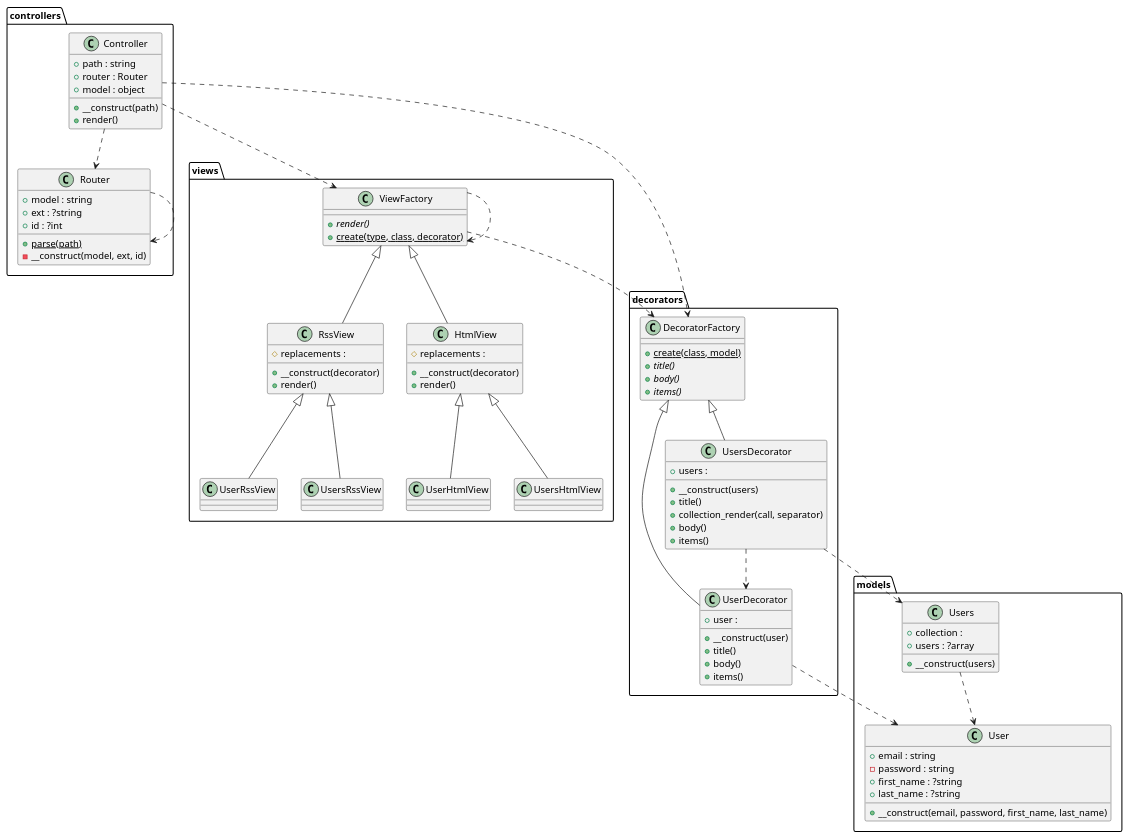
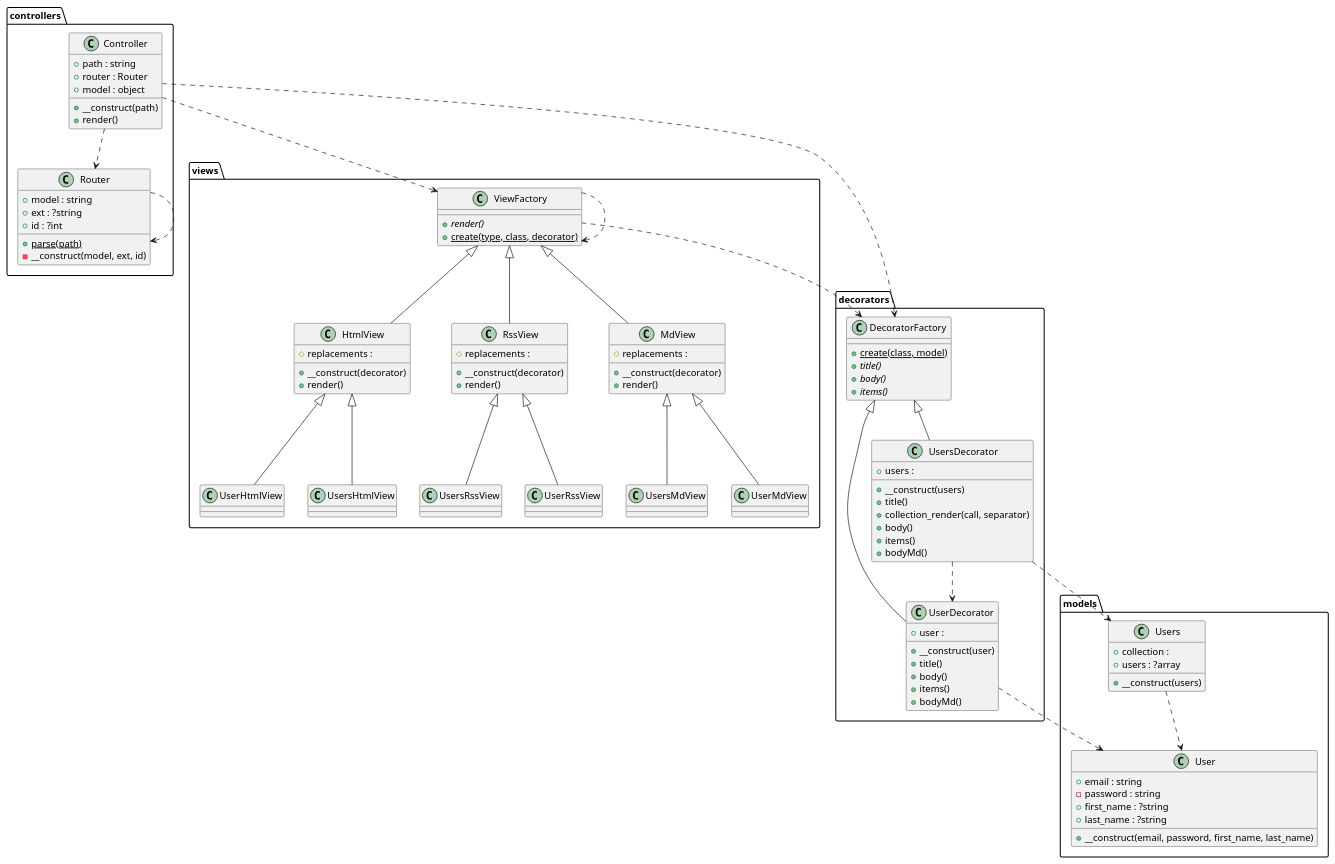
One commit to Arisha2080/web changed the diagram in lab2/diagrams/mvc.puml. Above: the diagram before and after it, drawn with PlantUML. The commit also changed 14 other files, not shown here.

```diff
--- a/lab2/diagrams/mvc.puml
+++ b/lab2/diagrams/mvc.puml
@@ -1,97 +1,111 @@
 @startuml class-diagram
+  package decorators as decorators {
+    class "UserDecorator" as decorators_UserDecorator {
+      +user : 
+      +__construct(user)
+      +title()
+      +body()
+      +items()
+      +bodyMd()
+    }
+    class "DecoratorFactory" as decorators_DecoratorFactory {
+      {static} +create(class, model)
+      {abstract} +title()
+      {abstract} +body()
+      {abstract} +items()
+    }
+    class "UsersDecorator" as decorators_UsersDecorator {
+      +users : 
+      +__construct(users)
+      +title()
+      +collection_render(call, separator)
+      +body()
+      +items()
+      +bodyMd()
+    }
+  }
+  package views as views {
+    class "HtmlView" as views_HtmlView {
+      #replacements : 
+      +__construct(decorator)
+      +render()
+    }
+    class "UsersMdView" as views_UsersMdView {
+    }
+    class "RssView" as views_RssView {
+      #replacements : 
+      +__construct(decorator)
+      +render()
+    }
+    class "UserHtmlView" as views_UserHtmlView {
+    }
+    class "UsersHtmlView" as views_UsersHtmlView {
+    }
+    class "UsersRssView" as views_UsersRssView {
+    }
+    class "UserMdView" as views_UserMdView {
+    }
+    class "UserRssView" as views_UserRssView {
+    }
+    class "ViewFactory" as views_ViewFactory {
+      {abstract} +render()
+      {static} +create(type, class, decorator)
+    }
+    class "MdView" as views_MdView {
+      #replacements : 
+      +__construct(decorator)
+      +render()
+    }
+  }
   package controllers as controllers {
     class "Router" as controllers_Router {
       +model : string
       +ext : ?string
       +id : ?int
       {static} +parse(path)
       -__construct(model, ext, id)
     }
     class "Controller" as controllers_Controller {
       +path : string
       +router : Router
       +model : object
       +__construct(path)
       +render()
     }
   }
   package models as models {
     class "User" as models_User {
       +email : string
       -password : string
       +first_name : ?string
       +last_name : ?string
       +__construct(email, password, first_name, last_name)
     }
     class "Users" as models_Users {
       +collection : 
       +users : ?array
       +__construct(users)
     }
   }
-  package decorators as decorators {
-    class "UsersDecorator" as decorators_UsersDecorator {
-      +users : 
-      +__construct(users)
-      +title()
-      +collection_render(call, separator)
-      +body()
-      +items()
-    }
-    class "DecoratorFactory" as decorators_DecoratorFactory {
-      {static} +create(class, model)
-      {abstract} +title()
-      {abstract} +body()
-      {abstract} +items()
-    }
-    class "UserDecorator" as decorators_UserDecorator {
-      +user : 
-      +__construct(user)
-      +title()
-      +body()
-      +items()
-    }
-  }
-  package views as views {
-    class "RssView" as views_RssView {
-      #replacements : 
-      +__construct(decorator)
-      +render()
-    }
-    class "UserHtmlView" as views_UserHtmlView {
-    }
-    class "UserRssView" as views_UserRssView {
-    }
-    class "ViewFactory" as views_ViewFactory {
-      {abstract} +render()
-      {static} +create(type, class, decorator)
-    }
-    class "UsersRssView" as views_UsersRssView {
-    }
-    class "HtmlView" as views_HtmlView {
-      #replacements : 
-      +__construct(decorator)
-      +render()
-    }
-    class "UsersHtmlView" as views_UsersHtmlView {
-    }
-  }
   controllers_Controller ..> controllers_Router
   controllers_Controller ..> decorators_DecoratorFactory
   controllers_Controller ..> views_ViewFactory
   controllers_Router ..> controllers_Router
   decorators_DecoratorFactory <|-- decorators_UserDecorator
   decorators_DecoratorFactory <|-- decorators_UsersDecorator
   decorators_UserDecorator ..> models_User
   decorators_UsersDecorator ..> decorators_UserDecorator
   decorators_UsersDecorator ..> models_Users
   models_Users ..> models_User
   views_HtmlView <|-- views_UserHtmlView
   views_HtmlView <|-- views_UsersHtmlView
+  views_MdView <|-- views_UserMdView
+  views_MdView <|-- views_UsersMdView
   views_RssView <|-- views_UserRssView
   views_RssView <|-- views_UsersRssView
   views_ViewFactory ..> decorators_DecoratorFactory
   views_ViewFactory ..> views_ViewFactory
   views_ViewFactory <|-- views_HtmlView
+  views_ViewFactory <|-- views_MdView
   views_ViewFactory <|-- views_RssView
 @enduml
```
